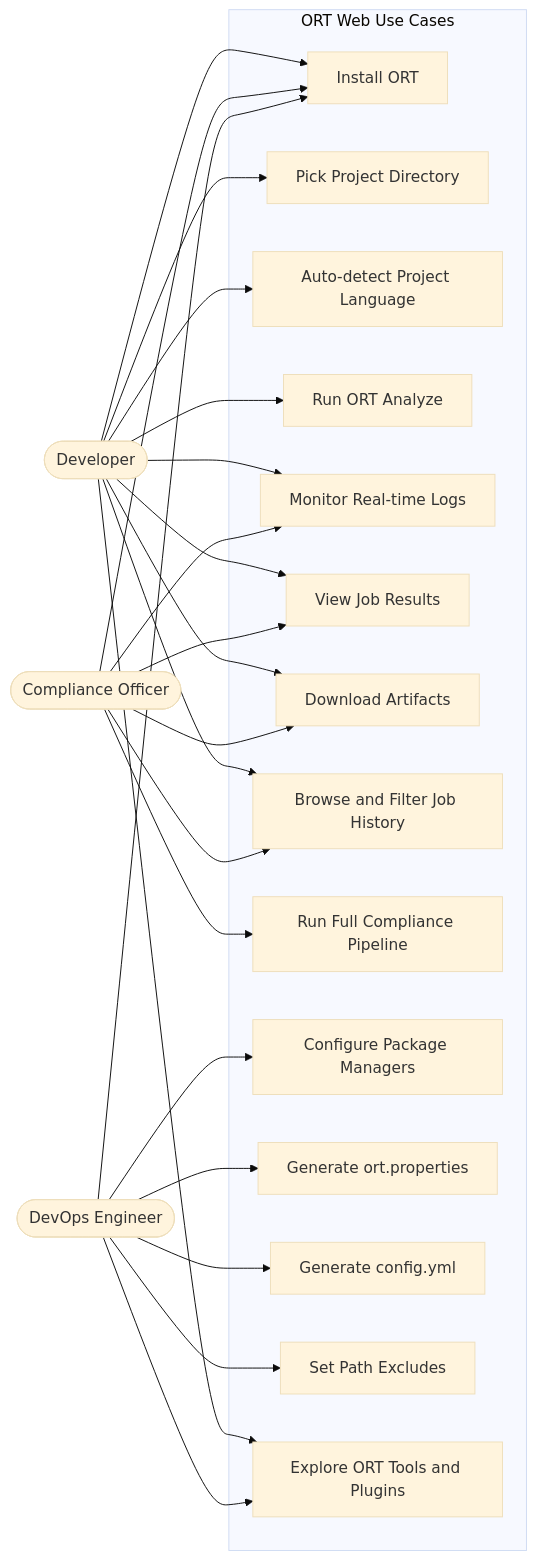
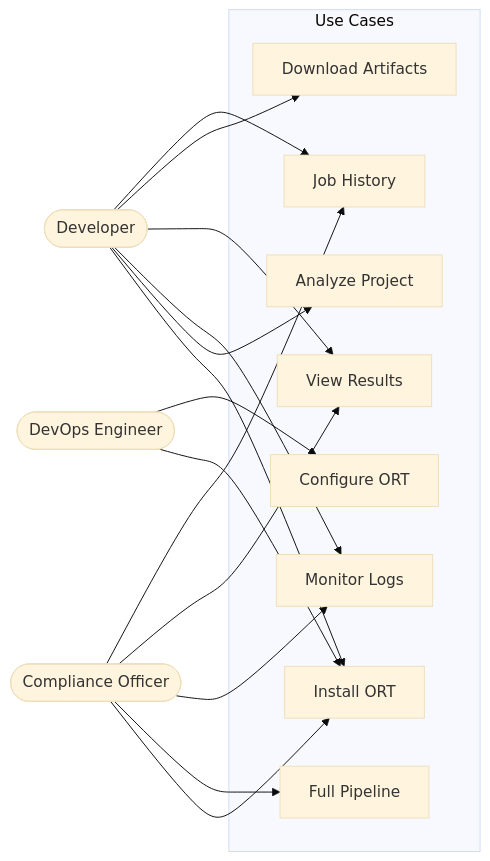
One commit to tnvinh2711/ort-web changed the third of 4 diagrams in DIAGRAMS.md. Above: the diagram before and after it, drawn with Mermaid (base theme). The commit also changed other lines of this file, not shown here.

Commit message:
docs: simplify system diagrams

````diff
--- a/DIAGRAMS.md
+++ b/DIAGRAMS.md
@@ -123,27 +59,21 @@
 ```mermaid
 flowchart LR
-    DEV(["Developer"])
+    Dev(["Developer"])
     CO(["Compliance Officer"])
-    DEVOPS(["DevOps Engineer"])
+    Ops(["DevOps Engineer"])
 
-    subgraph ORT ["ORT Web Use Cases"]
+    subgraph UC ["Use Cases"]
         UC1["Install ORT"]
-        UC2["Pick Project Directory"]
-        UC3["Auto-detect Project Language"]
-        UC4["Run ORT Analyze"]
-        UC5["Monitor Real-time Logs"]
-        UC6["View Job Results"]
-        UC7["Download Artifacts"]
-        UC8["Browse and Filter Job History"]
-        UC9["Run Full Compliance Pipeline"]
-        UC10["Configure Package Managers"]
-        UC11["Generate ort.properties"]
-        UC12["Generate config.yml"]
-        UC13["Set Path Excludes"]
-        UC14["Explore ORT Tools and Plugins"]
+        UC2["Analyze Project"]
+        UC3["Monitor Logs"]
+        UC4["View Results"]
+        UC5["Download Artifacts"]
+        UC6["Job History"]
+        UC7["Full Pipeline"]
+        UC8["Configure ORT"]
     end
 
-    DEV --> UC1 & UC2 & UC3 & UC4 & UC5 & UC6 & UC7 & UC8 & UC14
-    CO --> UC1 & UC9 & UC5 & UC6 & UC7 & UC8
-    DEVOPS --> UC1 & UC10 & UC11 & UC12 & UC13 & UC14
+    Dev --> UC1 & UC2 & UC3 & UC4 & UC5 & UC6
+    CO --> UC1 & UC7 & UC3 & UC4 & UC6
+    Ops --> UC1 & UC8
 ```
````
